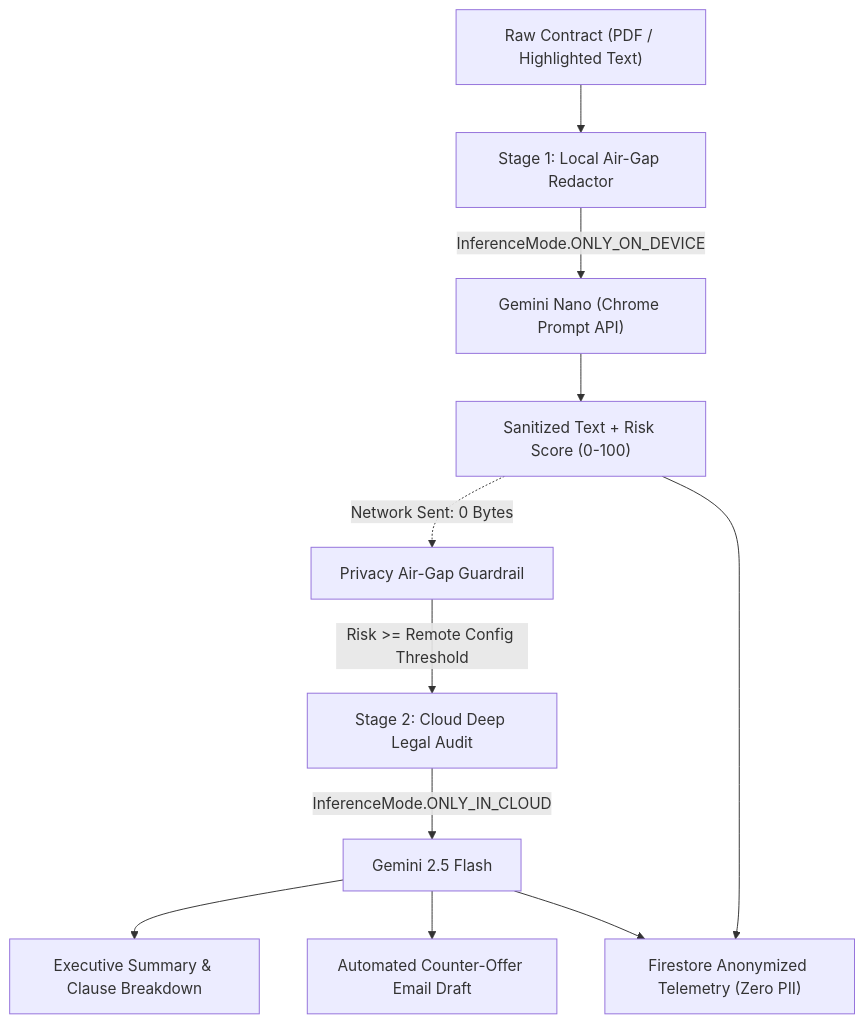
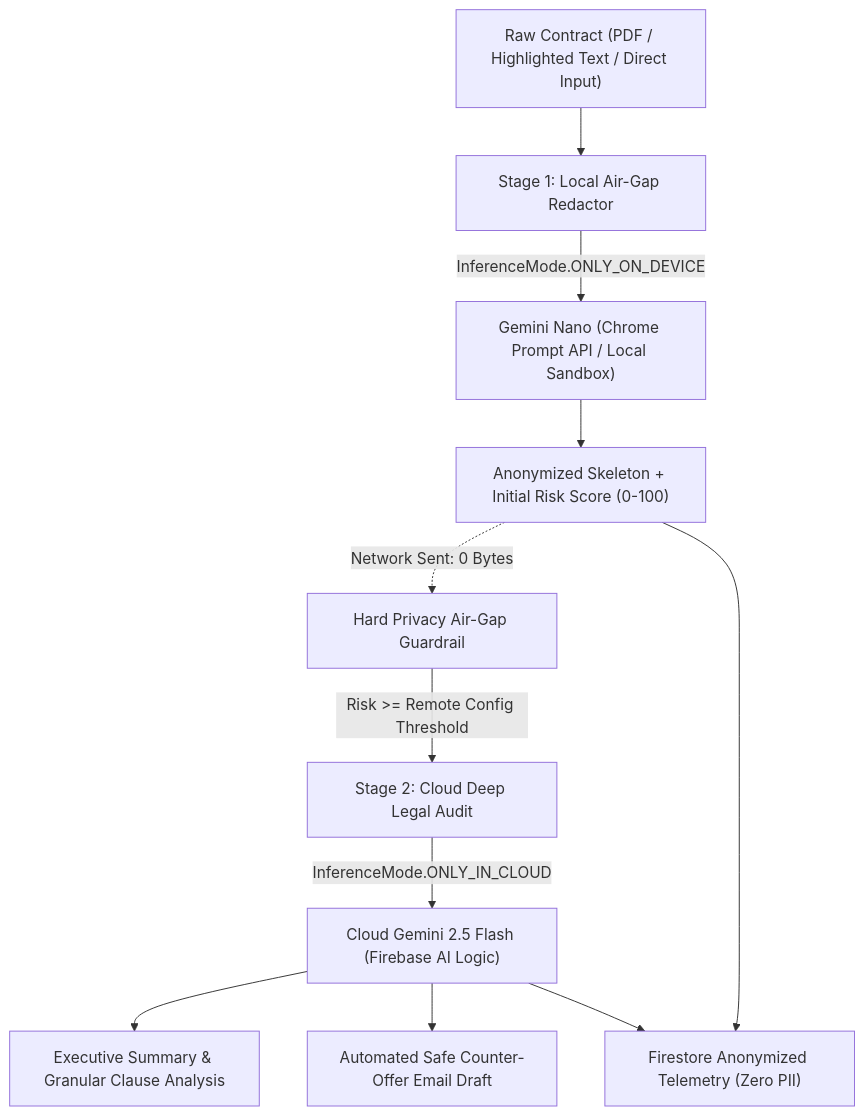
One commit to SouvikSaha2006/CLAUSEGUARD-HYBRID changed the diagram in README.md. Above: the diagram before and after it, drawn with Mermaid. The commit also changed other lines of this file, not shown here.

Commit message:
docs: update README with full hybrid air-gap architecture and 3D Sea Ring visual engine

````diff
--- a/README.md
+++ b/README.md
@@ -13,15 +13,15 @@
 ```mermaid
 flowchart TD
-    A["Raw Contract (PDF / Highlighted Text)"] --> B["Stage 1: Local Air-Gap Redactor"]
-    B -->|"InferenceMode.ONLY_ON_DEVICE"| C["Gemini Nano (Chrome Prompt API)"]
-    C --> D["Sanitized Text + Risk Score (0-100)"]
-    D -.->|"Network Sent: 0 Bytes"| E["Privacy Air-Gap Guardrail"]
+    A["Raw Contract (PDF / Highlighted Text / Direct Input)"] --> B["Stage 1: Local Air-Gap Redactor"]
+    B -->|"InferenceMode.ONLY_ON_DEVICE"| C["Gemini Nano (Chrome Prompt API / Local Sandbox)"]
+    C --> D["Anonymized Skeleton + Initial Risk Score (0-100)"]
+    D -.->|"Network Sent: 0 Bytes"| E["Hard Privacy Air-Gap Guardrail"]
     
     E -->|"Risk >= Remote Config Threshold"| F["Stage 2: Cloud Deep Legal Audit"]
-    F -->|"InferenceMode.ONLY_IN_CLOUD"| G["Gemini 2.5 Flash"]
-    G --> H["Executive Summary & Clause Breakdown"]
-    G --> I["Automated Counter-Offer Email Draft"]
+    F -->|"InferenceMode.ONLY_IN_CLOUD"| G["Cloud Gemini 2.5 Flash (Firebase AI Logic)"]
+    G --> H["Executive Summary & Granular Clause Analysis"]
+    G --> I["Automated Safe Counter-Offer Email Draft"]
 
     D --> J["Firestore Anonymized Telemetry (Zero PII)"]
     G --> J
 ```
````
